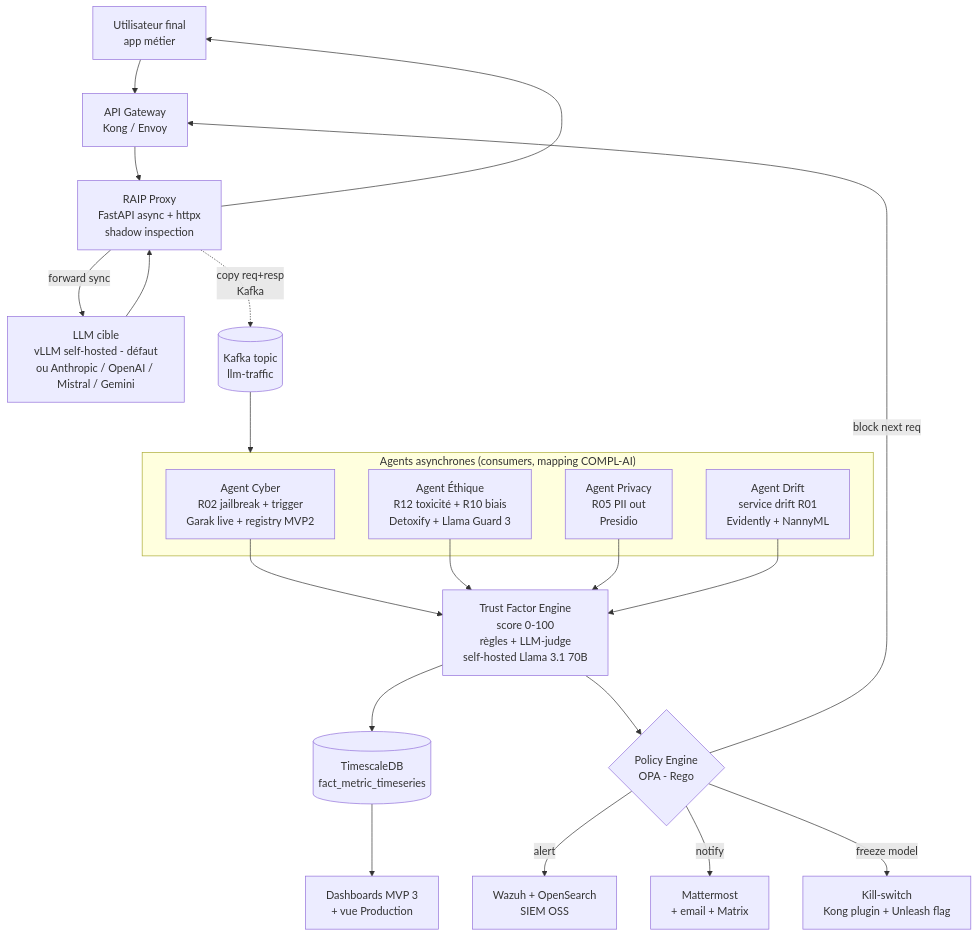
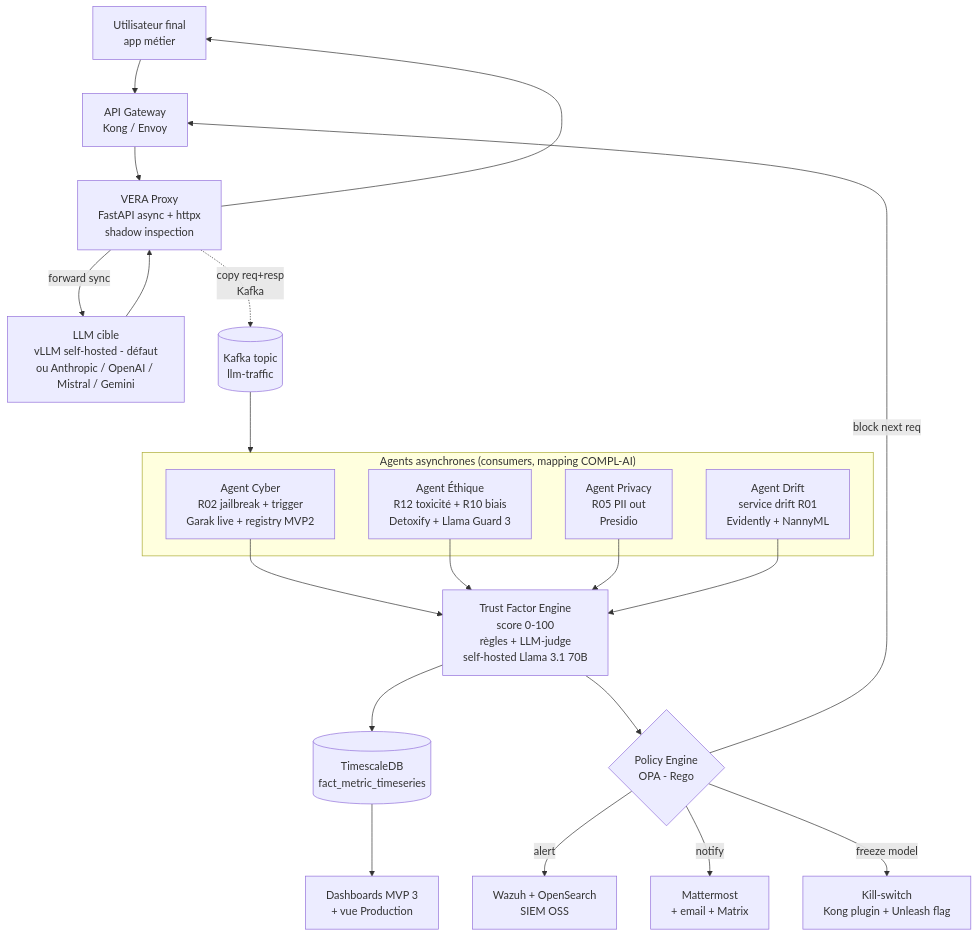
Before and after one commit to Rqbln/VERA: the first of 4 diagrams in docs/MVP4_governance_as_a_service.md, drawn with Mermaid. The commit also changed other lines of this file and 26 other files, not shown here.

Commit message:
docs: rename RAIP -> VERA across documentation and report

````diff
--- a/docs/MVP4_governance_as_a_service.md
+++ b/docs/MVP4_governance_as_a_service.md
@@ -63,33 +63,33 @@
 ```mermaid
 flowchart TB
     USER[Utilisateur final<br/>app métier] --> GW[API Gateway<br/>Kong / Envoy]
 
-    GW --> PROXY[RAIP Proxy<br/>FastAPI async + httpx<br/>shadow inspection]
+    GW --> PROXY[VERA Proxy<br/>FastAPI async + httpx<br/>shadow inspection]
 
     PROXY -->|forward sync| LLM[LLM cible<br/>vLLM self-hosted - défaut<br/>ou Anthropic / OpenAI / Mistral / Gemini]
     LLM --> PROXY
     PROXY --> USER
 
     PROXY -.->|copy req+resp<br/>Kafka| BUS[(Kafka topic<br/>llm-traffic)]
 
     BUS --> AGENTS
 
     subgraph AGENTS["Agents asynchrones (consumers, mapping COMPL-AI)"]
         A1[Agent Cyber<br/>R02 jailbreak + trigger<br/>Garak live + registry MVP2]
         A2[Agent Éthique<br/>R12 toxicité + R10 biais<br/>Detoxify + Llama Guard 3]
         A3[Agent Privacy<br/>R05 PII out<br/>Presidio]
         A4[Agent Drift<br/>service drift R01<br/>Evidently + NannyML]
     end
 
     A1 & A2 & A3 & A4 --> SCORE[Trust Factor Engine<br/>score 0-100<br/>règles + LLM-judge<br/>self-hosted Llama 3.1 70B]
 
     SCORE --> TS[(TimescaleDB<br/>fact_metric_timeseries)]
     SCORE --> POL{Policy Engine<br/>OPA - Rego}
 
     POL -->|alert| SIEM[Wazuh + OpenSearch<br/>SIEM OSS]
     POL -->|block next req| GW
     POL -->|notify| MAT[Mattermost<br/>+ email + Matrix]
     POL -->|freeze model| KILL[Kill-switch<br/>Kong plugin + Unleash flag]
 
     TS --> DASH[Dashboards MVP 3<br/>+ vue Production]
 ```
````
